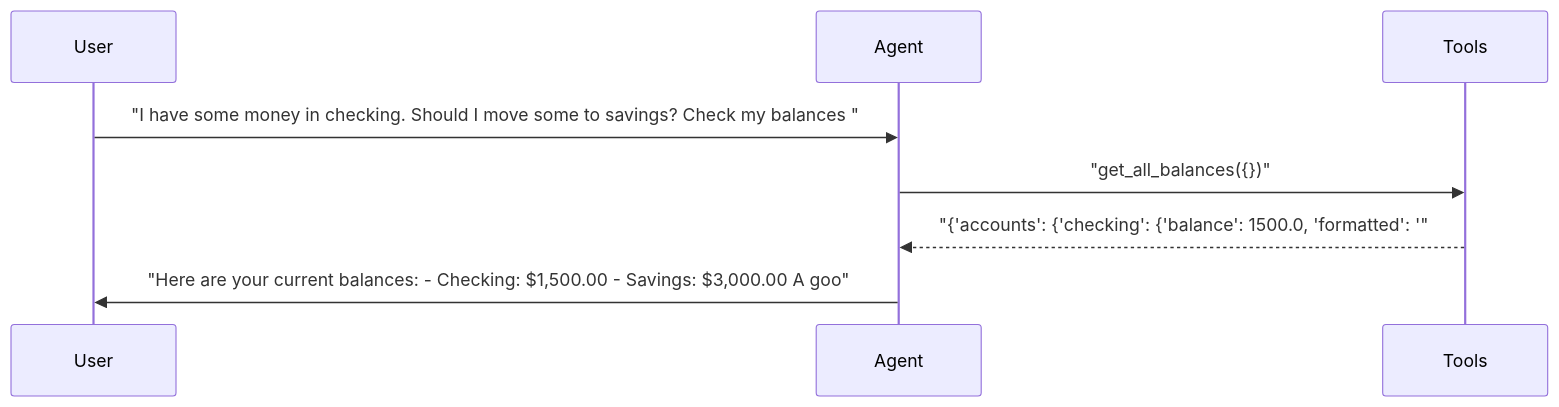
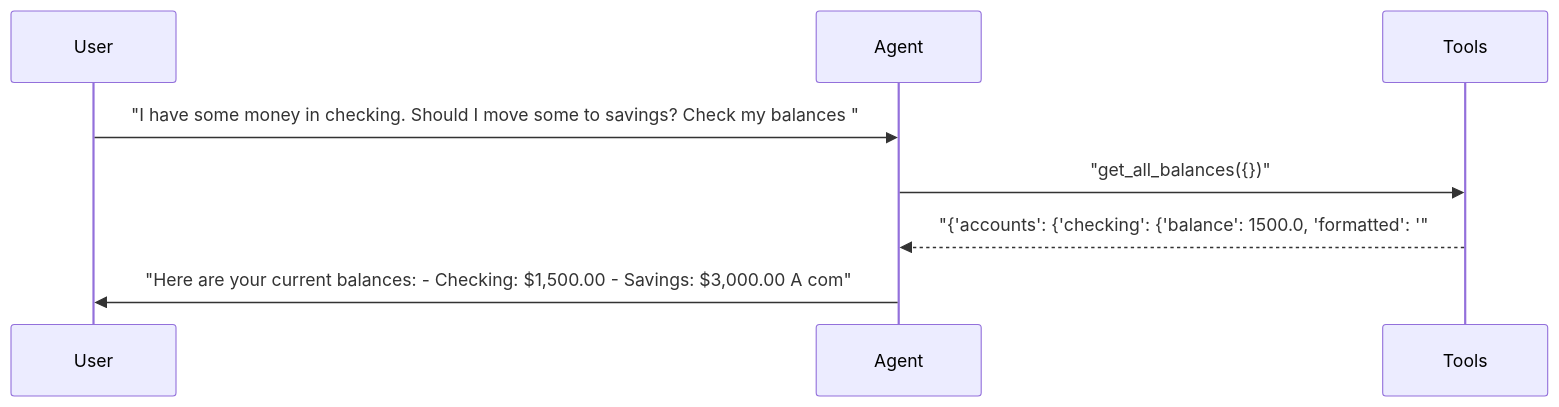
Before and after one commit to sbroenne/pytest-aitest: the ninth of 25 diagrams in docs/demo/hero-report.md, drawn with Mermaid. The commit also changed other lines of this file and 22 other files, not shown here.

````diff
--- a/docs/demo/hero-report.md
+++ b/docs/demo/hero-report.md
@@ -445,11 +531,11 @@
 ```mermaid
 sequenceDiagram
     participant User
     participant Agent
     participant Tools
 
     User->>Agent: "I have some money in checking. Should I move some to savings? Check my balances "
     Agent->>Tools: "get_all_balances({})"
     Tools-->>Agent: "{'accounts': {'checking': {'balance': 1500.0, 'formatted': '"
-    Agent->>User: "Here are your current balances: - Checking: $1,500.00 - Savings: $3,000.00 A goo"
+    Agent->>User: "Here are your current balances: - Checking: $1,500.00 - Savings: $3,000.00 A com"
 ```
````
